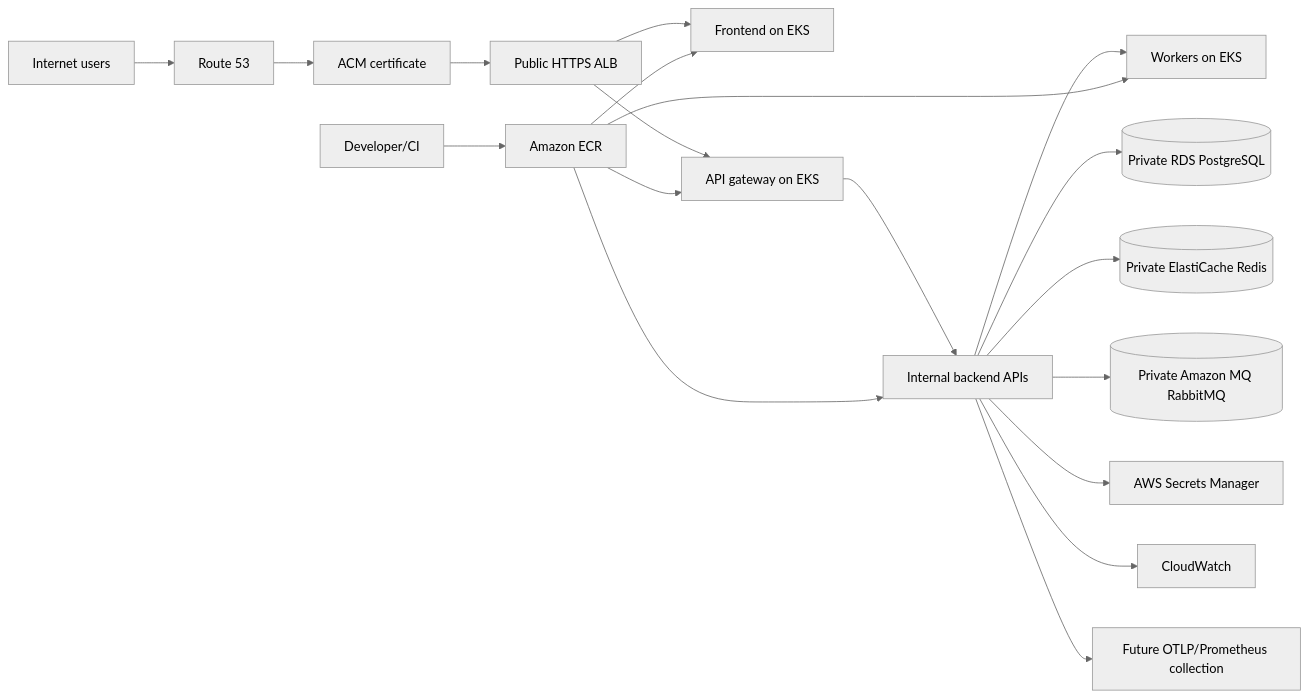
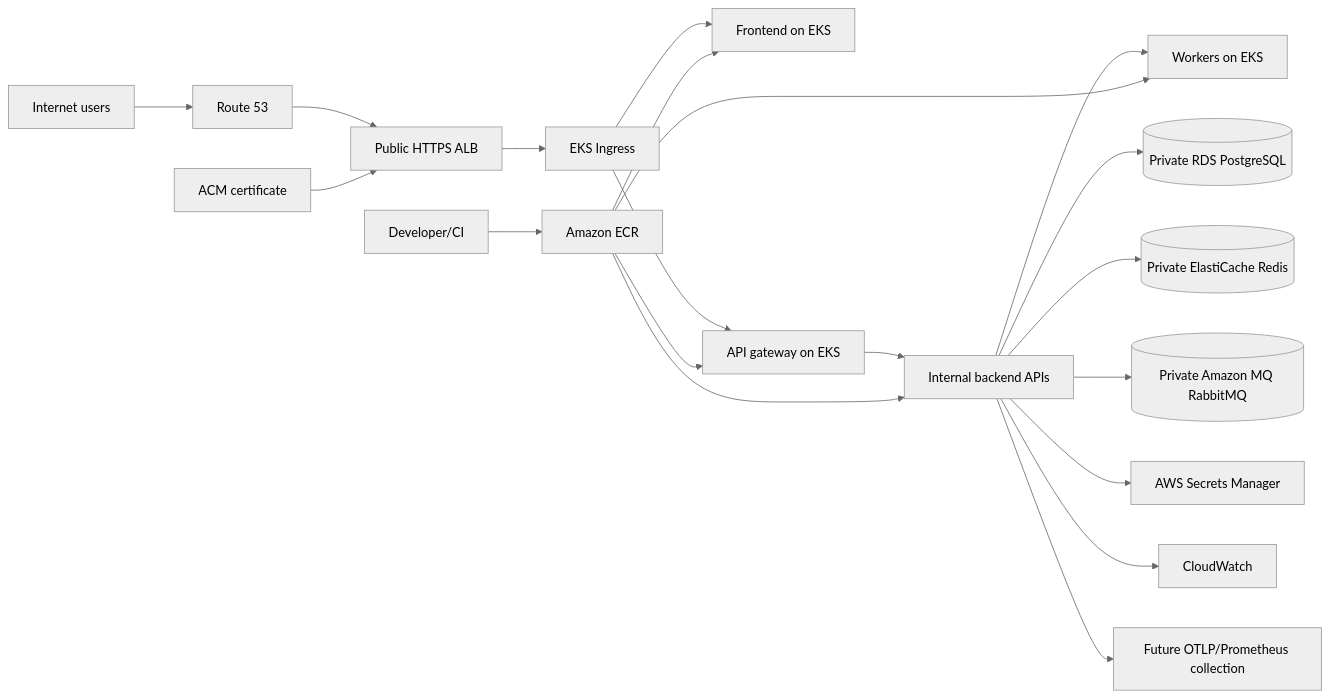
One commit to Jagadish0716/RoundReady changed the diagram in docs/aws-architecture.md. Above: the diagram before and after it, drawn with Mermaid (neutral theme). The commit also changed other lines of this file and 71 other files, not shown here.

````diff
--- a/docs/aws-architecture.md
+++ b/docs/aws-architecture.md
@@ -6,21 +6,22 @@
 ```mermaid
 flowchart LR
   User[Internet users] --> DNS[Route 53]
-  DNS --> ACM[ACM certificate]
-  ACM --> ALB[Public HTTPS ALB]
-  ALB --> FE[Frontend on EKS]
-  ALB --> GW[API gateway on EKS]
+  DNS --> ALB[Public HTTPS ALB]
+  ACM[ACM certificate] --> ALB
+  ALB --> ING[EKS Ingress]
+  ING --> FE[Frontend on EKS]
+  ING --> GW[API gateway on EKS]
   GW --> SVC[Internal backend APIs]
   SVC --> WORK[Workers on EKS]
   SVC --> RDS[(Private RDS PostgreSQL)]
   SVC --> REDIS[(Private ElastiCache Redis)]
   SVC --> MQ[(Private Amazon MQ RabbitMQ)]
   SVC --> SM[AWS Secrets Manager]
   Dev[Developer/CI] --> ECR[Amazon ECR]
   ECR --> FE
   ECR --> GW
   ECR --> SVC
   ECR --> WORK
   SVC --> CW[CloudWatch]
   SVC --> OTEL[Future OTLP/Prometheus collection]
 ```
````
